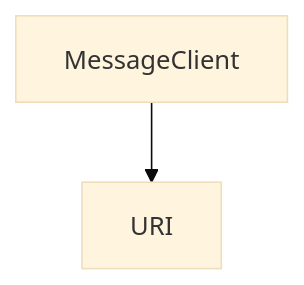
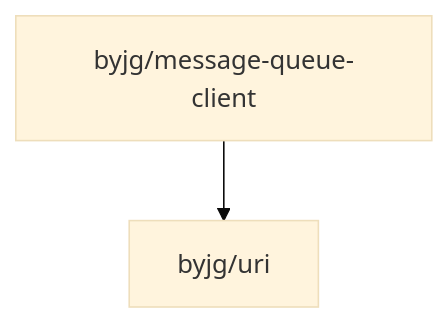
One commit to byjg/php-message-queue-client changed the diagram in README.md. Above: the diagram before and after it, drawn with Mermaid (base theme).

Commit message:
Add Dependencies

````diff
--- a/README.md
+++ b/README.md
@@ -138,4 +138,4 @@
 ```mermaid
 flowchart TD
-    MessageClient --> URI
+    byjg/message-queue-client --> byjg/uri
 ```
````
